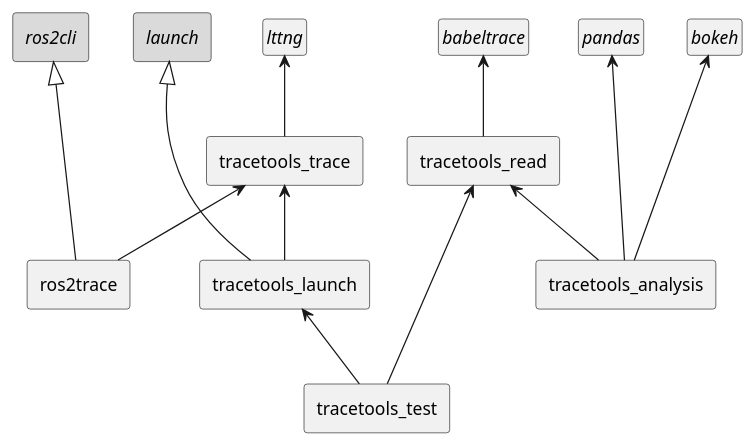
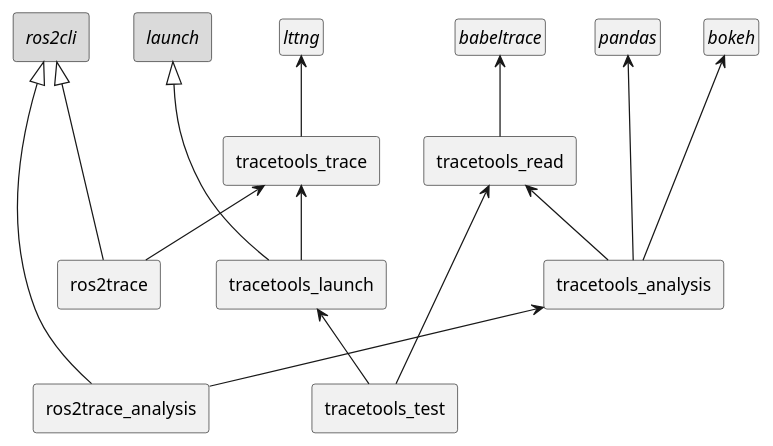
One commit to ros2/ros2_tracing changed diagram 14 of 15 in doc/design_ros_2.md. Above: the diagram before and after it, drawn with PlantUML. The commit also changed other lines of this file, not shown here.

Commit message:
Add ros2trace_analysis to design document

````diff
--- a/doc/design_ros_2.md
+++ b/doc/design_ros_2.md
@@ -579,59 +585,64 @@
 ```plantuml
 @startuml
 
 interface babeltrace
 hide babeltrace fields
 hide babeltrace methods
 hide babeltrace circle
 interface lttng
 hide lttng fields
 hide lttng methods
 hide lttng circle
 interface pandas
 hide pandas fields
 hide pandas methods
 hide pandas circle
 interface bokeh
 hide bokeh fields
 hide bokeh methods
 hide bokeh circle
 package <i>ros2cli</i> as ros2cli <<Rectangle>> #DADADA {
 }
 package <i>launch</i> as launch <<Rectangle>> #DADADA {
 }
 lttng -[hidden] babeltrace
 babeltrace -[hidden] pandas
 pandas -[hidden] bokeh
 ros2cli -[hidden] launch
 launch -[hidden] lttng
 
 package tracetools_trace <<Rectangle>> {
 }
 lttng <-- tracetools_trace
 
 package ros2trace <<Rectangle>> {
 }
 package tracetools_launch <<Rectangle>> {
 }
 ros2cli <|-- ros2trace
 tracetools_trace <-- ros2trace
 launch <|-- tracetools_launch
 tracetools_trace <-- tracetools_launch
 
 package tracetools_read <<Rectangle>> {
 }
 babeltrace <-- tracetools_read
 
 package tracetools_test <<Rectangle>> {
 }
 tracetools_launch <-- tracetools_test
 tracetools_read <-- tracetools_test
 
 package tracetools_analysis <<Rectangle>> {
 }
 tracetools_read <-- tracetools_analysis
 pandas <--- tracetools_analysis
 bokeh <--- tracetools_analysis
 
+package ros2trace_analysis <<Rectangle>> {
+}
+ros2cli <|-- ros2trace_analysis
+tracetools_analysis <-- ros2trace_analysis
+
 @enduml
 ```
````
